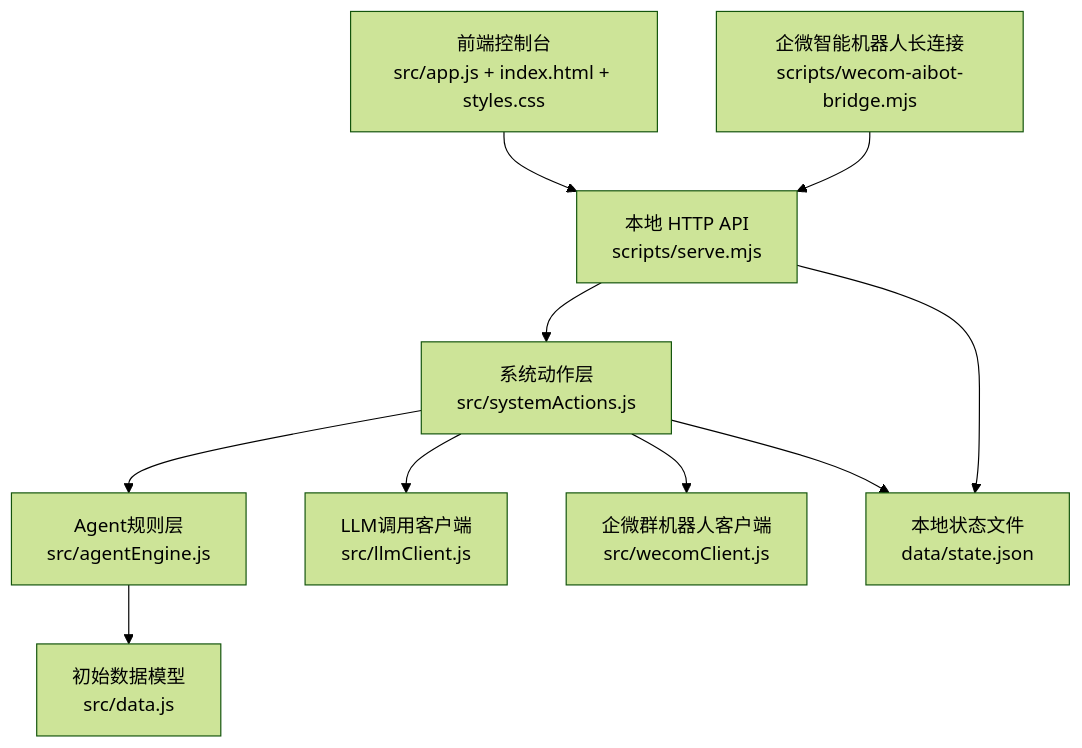
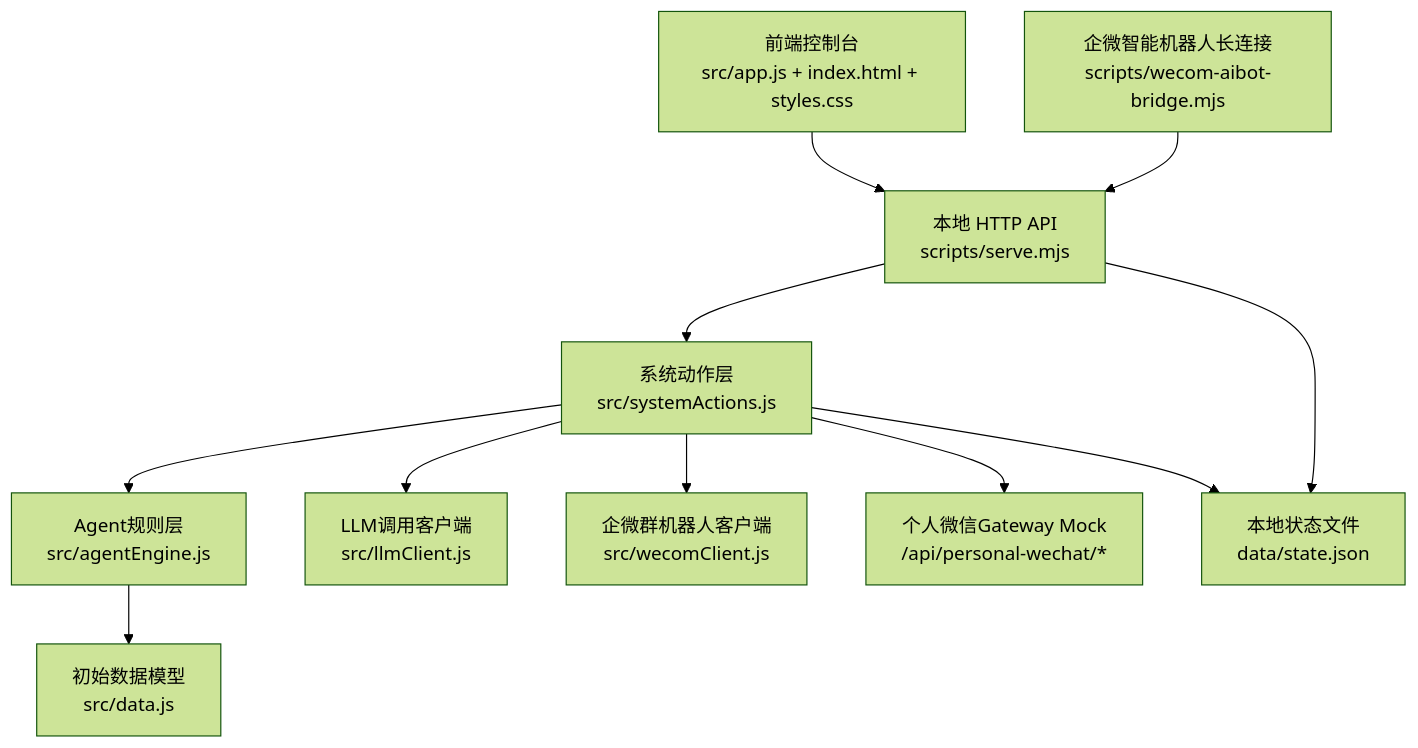
Before and after one commit to JUJUJUN313/customer-ops-agent-console: the first of 3 diagrams in docs/ARCHITECTURE.md, drawn with Mermaid (forest theme). The commit also changed other lines of this file and 13 other files, not shown here.

````diff
--- a/docs/ARCHITECTURE.md
+++ b/docs/ARCHITECTURE.md
@@ -5,22 +5,24 @@
 ```mermaid
 flowchart TB
   UI["前端控制台<br/>src/app.js + index.html + styles.css"]
   API["本地 HTTP API<br/>scripts/serve.mjs"]
   Actions["系统动作层<br/>src/systemActions.js"]
   Agents["Agent规则层<br/>src/agentEngine.js"]
   LLM["LLM调用客户端<br/>src/llmClient.js"]
   WeComClient["企微群机器人客户端<br/>src/wecomClient.js"]
   WeComBridge["企微智能机器人长连接<br/>scripts/wecom-aibot-bridge.mjs"]
+  PersonalWechat["个人微信Gateway Mock<br/>/api/personal-wechat/*"]
   Data["初始数据模型<br/>src/data.js"]
   Store["本地状态文件<br/>data/state.json"]
 
   UI --> API
   API --> Actions
   Actions --> Agents
   Actions --> LLM
   Actions --> WeComClient
+  Actions --> PersonalWechat
   Actions --> Store
   WeComBridge --> API
   Agents --> Data
   API --> Store
 ```
````
